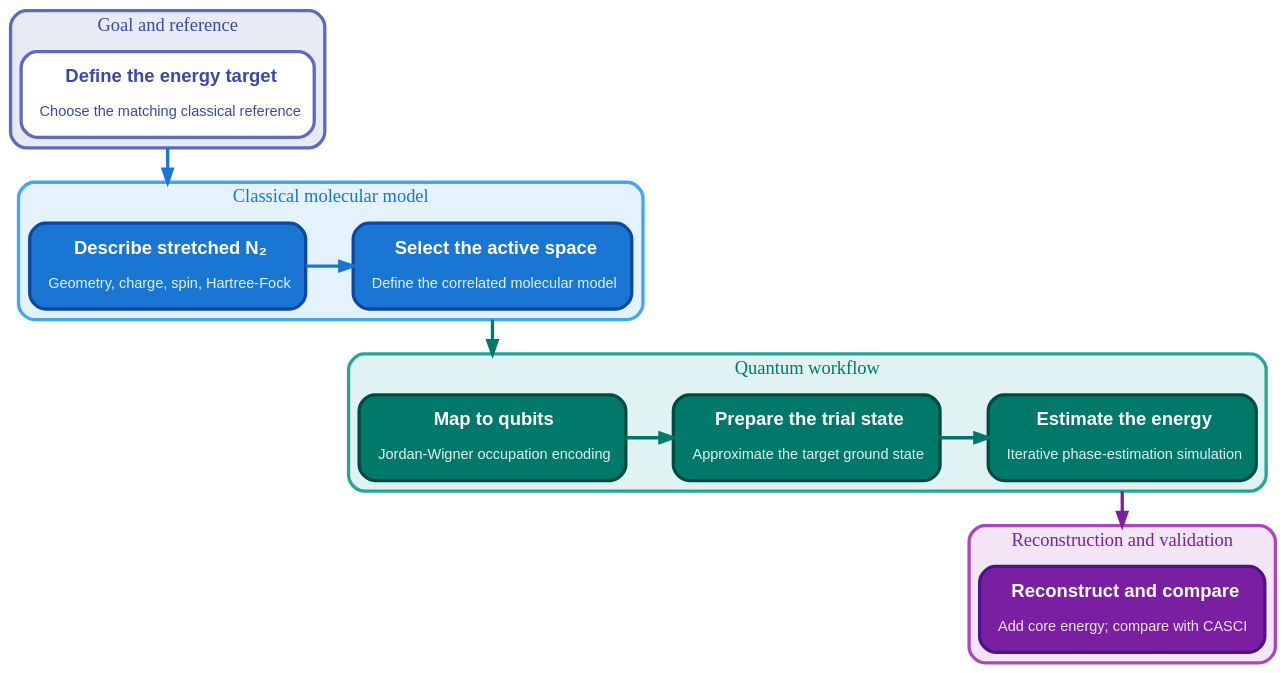
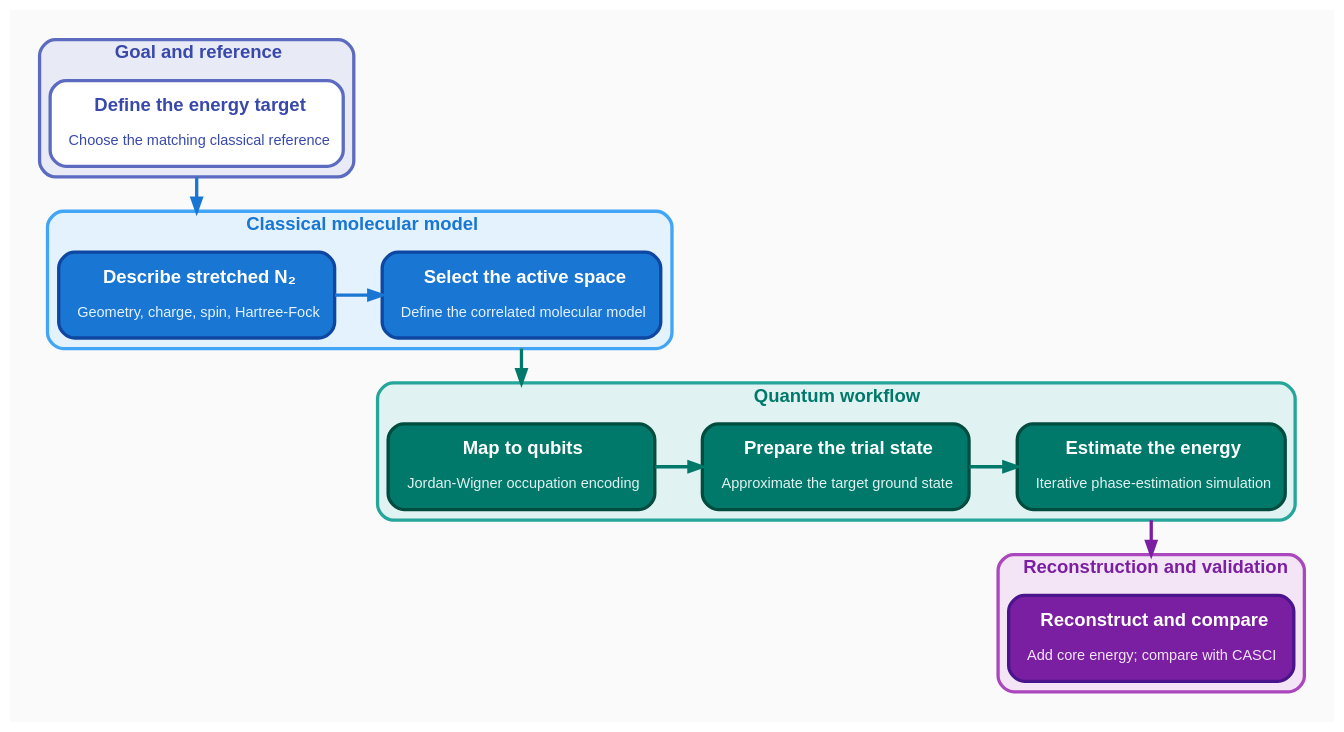
The diagram in docs/source/_static/diagrams/tutorial_qpe_workflow.dot (microsoft/qdk-chemistry), drawn with Graphviz before and after one commit. The commit also changed 21 other files, not shown here.

```diff
--- a/docs/source/_static/diagrams/tutorial_qpe_workflow.dot
+++ b/docs/source/_static/diagrams/tutorial_qpe_workflow.dot
@@ -1,79 +1,79 @@
 digraph TutorialQpeWorkflow {
     rankdir=TB;
     ranksep=0.9;
     nodesep=0.5;
     newrank=true;
     compound=true;
     overlap=false;
     splines=spline;
     pad=0.2;
-    bgcolor="transparent";
+    bgcolor="#FAFAFA";
 
     node [shape=box, style="rounded,filled", fontname="Arial", width=2.8, height=0.9, margin="0.20,0.16"];
     edge [penwidth=2.5, arrowsize=1.0];
 
     subgraph cluster_goal {
-        label="Goal and reference";
+        label=<<B>Goal and reference</B>>;
         style="filled,rounded";
         fillcolor="#E8EAF6";
         color="#5C6BC0";
         penwidth=2.5;
         fontsize=14;
-        fontname="Arial Bold";
+        fontname="Arial";
         fontcolor="#3949AB";
 
         Goal [label=<<B>Define the energy target</B><BR/><BR/><FONT POINT-SIZE="11">Choose the matching classical reference</FONT>>, fillcolor="#FFFFFF", color="#5C6BC0", penwidth=2.5, fontcolor="#3949AB", group=left];
     }
 
     subgraph cluster_classical {
-        label="Classical molecular model";
+        label=<<B>Classical molecular model</B>>;
         style="filled,rounded";
         fillcolor="#E3F2FD";
         color="#42A5F5";
         penwidth=2.5;
         fontsize=14;
-        fontname="Arial Bold";
+        fontname="Arial";
         fontcolor="#1976D2";
         rank=same;
 
         Molecule [label=<<B>Describe stretched N₂</B><BR/><BR/><FONT POINT-SIZE="11" COLOR="#E3F2FD">Geometry, charge, spin, Hartree-Fock</FONT>>, fillcolor="#1976D2", color="#0D47A1", penwidth=2.5, fontcolor="#FFFFFF", group=left];
         ActiveSpace [label=<<B>Select the active space</B><BR/><BR/><FONT POINT-SIZE="11" COLOR="#E3F2FD">Define the correlated molecular model</FONT>>, fillcolor="#1976D2", color="#0D47A1", penwidth=2.5, fontcolor="#FFFFFF", group=right];
 
         Molecule -> ActiveSpace [color="#1976D2"];
     }
 
     subgraph cluster_quantum {
-        label="Quantum workflow";
+        label=<<B>Quantum workflow</B>>;
         style="filled,rounded";
         fillcolor="#E0F2F1";
         color="#26A69A";
         penwidth=2.5;
         fontsize=14;
-        fontname="Arial Bold";
+        fontname="Arial";
         fontcolor="#00796B";
         rank=same;
 
         Mapping [label=<<B>Map to qubits</B><BR/><BR/><FONT POINT-SIZE="11" COLOR="#E0F2F1">Jordan-Wigner occupation encoding</FONT>>, fillcolor="#00796B", color="#004D40", penwidth=2.5, fontcolor="#FFFFFF", group=right];
         TrialState [label=<<B>Prepare the trial state</B><BR/><BR/><FONT POINT-SIZE="11" COLOR="#E0F2F1">Approximate the target ground state</FONT>>, fillcolor="#00796B", color="#004D40", penwidth=2.5, fontcolor="#FFFFFF", group=center];
         Iqpe [label=<<B>Estimate the energy</B><BR/><BR/><FONT POINT-SIZE="11" COLOR="#E0F2F1">Iterative phase-estimation simulation</FONT>>, fillcolor="#00796B", color="#004D40", penwidth=2.5, fontcolor="#FFFFFF", group=left];
 
         Mapping -> TrialState -> Iqpe [color="#00796B"];
     }
 
     subgraph cluster_result {
-        label="Reconstruction and validation";
+        label=<<B>Reconstruction and validation</B>>;
         style="filled,rounded";
         fillcolor="#F3E5F5";
         color="#AB47BC";
         penwidth=2.5;
         fontsize=14;
-        fontname="Arial Bold";
+        fontname="Arial";
         fontcolor="#7B1FA2";
 
         Result [label=<<B>Reconstruct and compare</B><BR/><BR/><FONT POINT-SIZE="11" COLOR="#F3E5F5">Add core energy; compare with CASCI</FONT>>, fillcolor="#7B1FA2", color="#4A148C", penwidth=2.5, fontcolor="#FFFFFF", group=left];
     }
 
     Goal:s -> Molecule:n [color="#1976D2", ltail=cluster_goal, lhead=cluster_classical, weight=10];
     ActiveSpace:s -> Mapping:n [color="#00796B", ltail=cluster_classical, lhead=cluster_quantum, weight=10];
     Iqpe:s -> Result:n [color="#7B1FA2", ltail=cluster_quantum, lhead=cluster_result, weight=10];
 }
```
